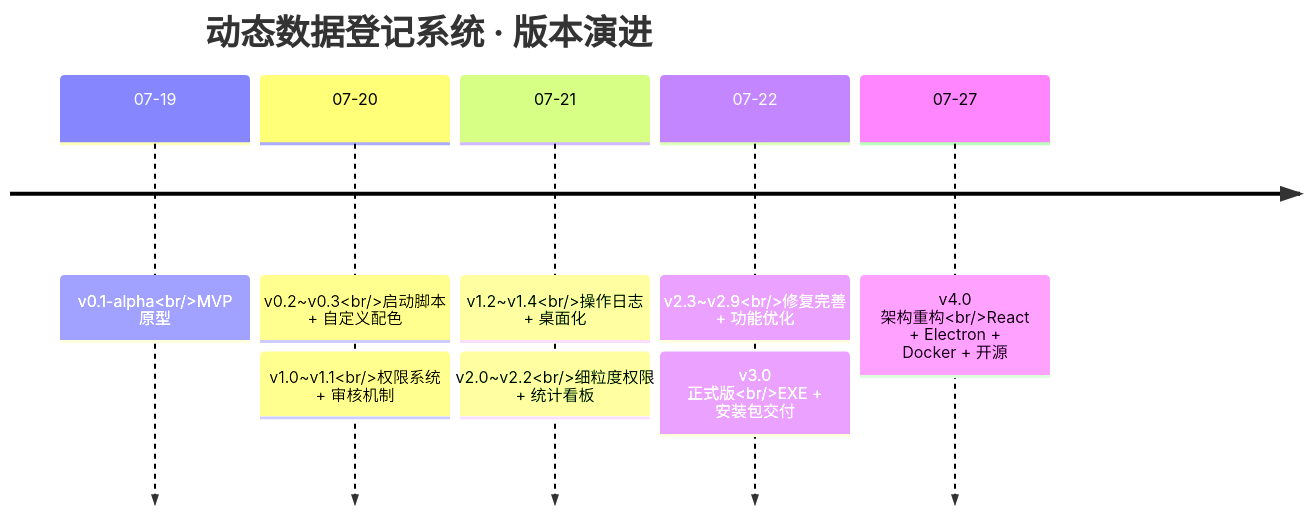
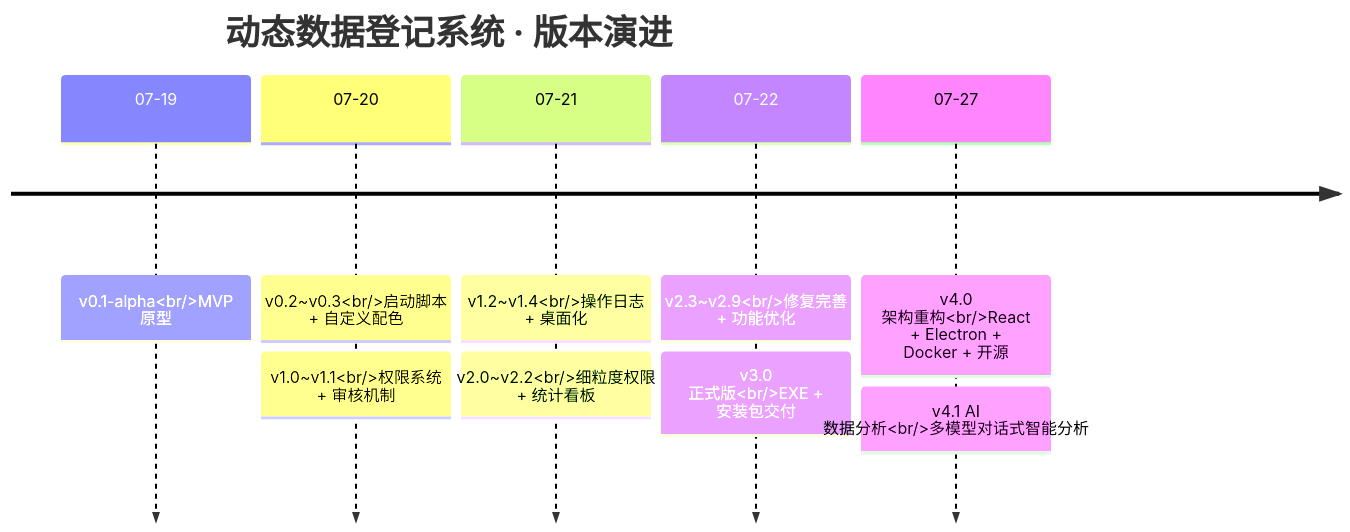
Before and after one commit to jincheng3870682453-hash/shujuku: the eighth of 8 diagrams in README.md, drawn with Mermaid. The commit also changed other lines of this file and 1 other file, not shown here.

````diff
--- a/README.md
+++ b/README.md
@@ -859,12 +891,13 @@
 ```mermaid
 timeline
     title 动态数据登记系统 · 版本演进
     07-19 : v0.1-alpha<br/>MVP 原型
     07-20 : v0.2~v0.3<br/>启动脚本 + 自定义配色
           : v1.0~v1.1<br/>权限系统 + 审核机制
     07-21 : v1.2~v1.4<br/>操作日志 + 桌面化
           : v2.0~v2.2<br/>细粒度权限 + 统计看板
     07-22 : v2.3~v2.9<br/>修复完善 + 功能优化
           : v3.0 正式版<br/>EXE + 安装包交付
     07-27 : v4.0 架构重构<br/>React + Electron + Docker + 开源
+          : v4.1 AI 数据分析<br/>多模型对话式智能分析
 ```
````
